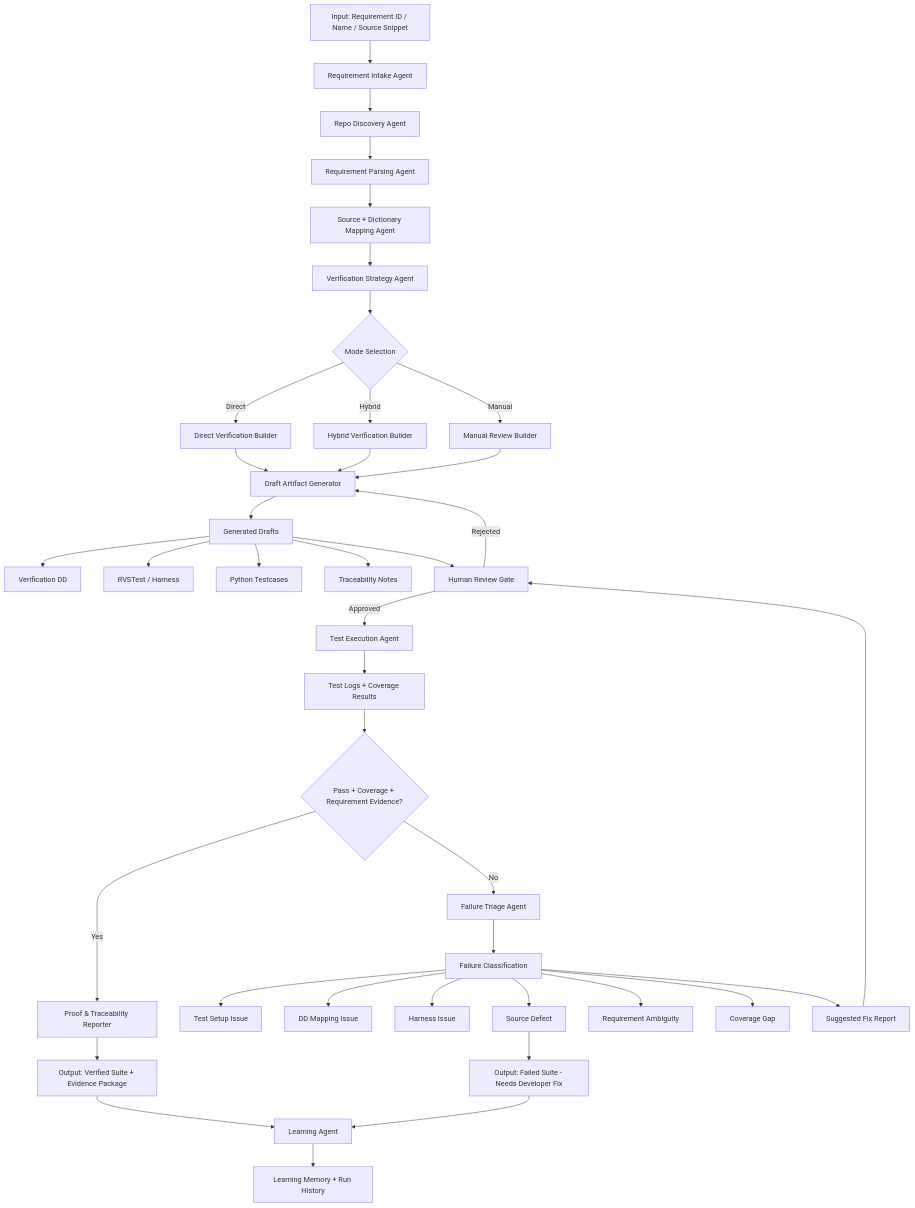
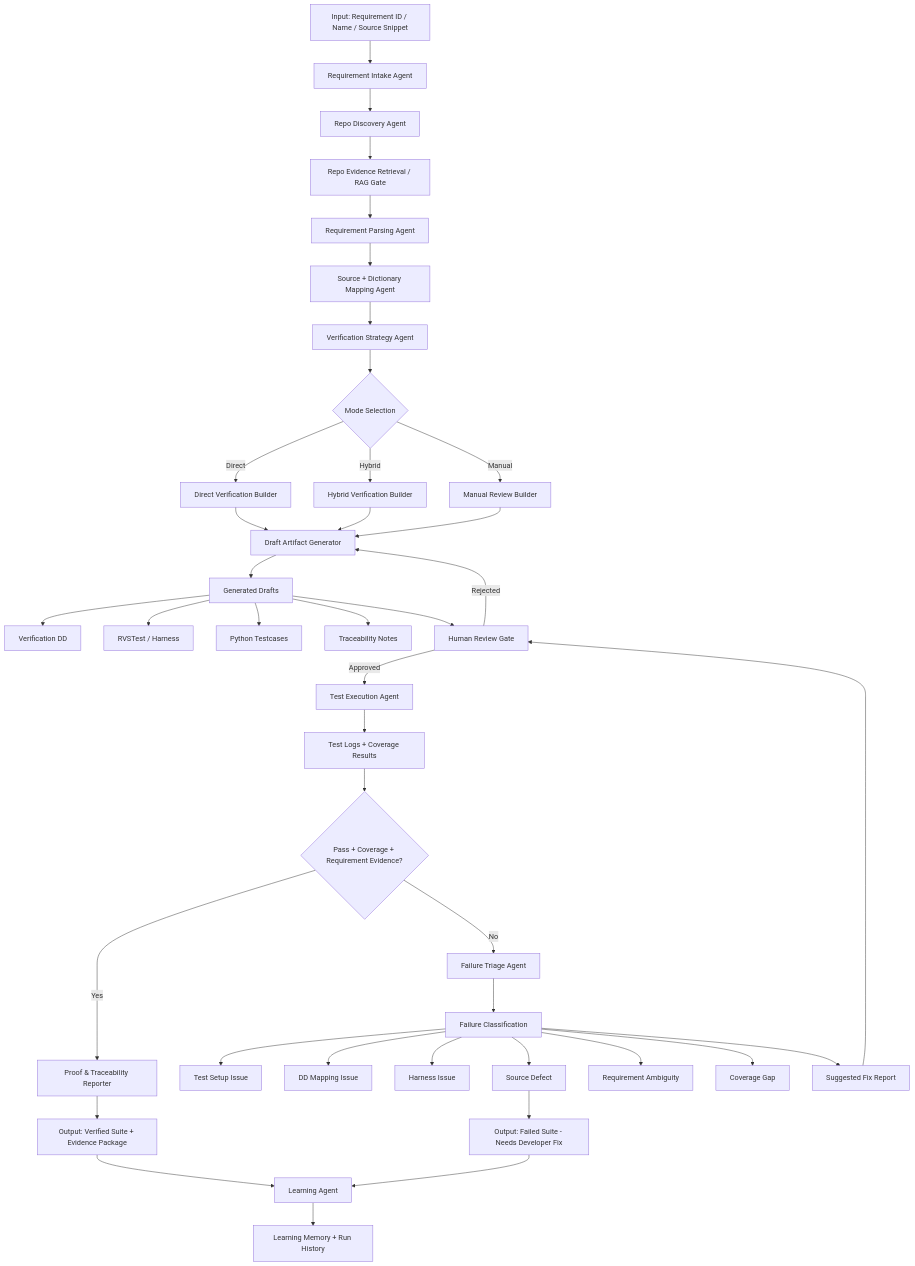
Before and after one commit to gogula04/MultiAgent: the diagram in verification-automation/articture.md, drawn with Mermaid. The commit also changed other lines of this file and 12 other files, not shown here.

````diff
--- a/verification-automation/articture.md
+++ b/verification-automation/articture.md
@@ -5,53 +5,54 @@
 ```mermaid
 flowchart TD
   A[Input: Requirement ID / Name / Source Snippet] --> B[Requirement Intake Agent]
 
   B --> C[Repo Discovery Agent]
-  C --> D[Requirement Parsing Agent]
+  C --> C1[Repo Evidence Retrieval / RAG Gate]
+  C1 --> D[Requirement Parsing Agent]
   D --> E[Source + Dictionary Mapping Agent]
 
   E --> F[Verification Strategy Agent]
   F --> G{Mode Selection}
 
   G -->|Direct| H1[Direct Verification Builder]
   G -->|Hybrid| H2[Hybrid Verification Builder]
   G -->|Manual| H3[Manual Review Builder]
 
   H1 --> I[Draft Artifact Generator]
   H2 --> I
   H3 --> I
 
   I --> J[Generated Drafts]
   J --> J1[Verification DD]
   J --> J2[RVSTest / Harness]
   J --> J3[Python Testcases]
   J --> J4[Traceability Notes]
 
   J --> K[Human Review Gate]
   K -->|Approved| L[Test Execution Agent]
   K -->|Rejected| I
 
   L --> M[Test Logs + Coverage Results]
   M --> N{Pass + Coverage + Requirement Evidence?}
 
   N -->|Yes| O[Proof & Traceability Reporter]
   O --> P[Output: Verified Suite + Evidence Package]
 
   N -->|No| Q[Failure Triage Agent]
   Q --> R[Failure Classification]
   R --> R1[Test Setup Issue]
   R --> R2[DD Mapping Issue]
   R --> R3[Harness Issue]
   R --> R4[Source Defect]
   R --> R5[Requirement Ambiguity]
   R --> R6[Coverage Gap]
 
   R --> S[Suggested Fix Report]
   S --> K
 
   R4 --> T[Output: Failed Suite - Needs Developer Fix]
 
   P --> U[Learning Agent]
   T --> U
   U --> V[Learning Memory + Run History]
 ```
````
